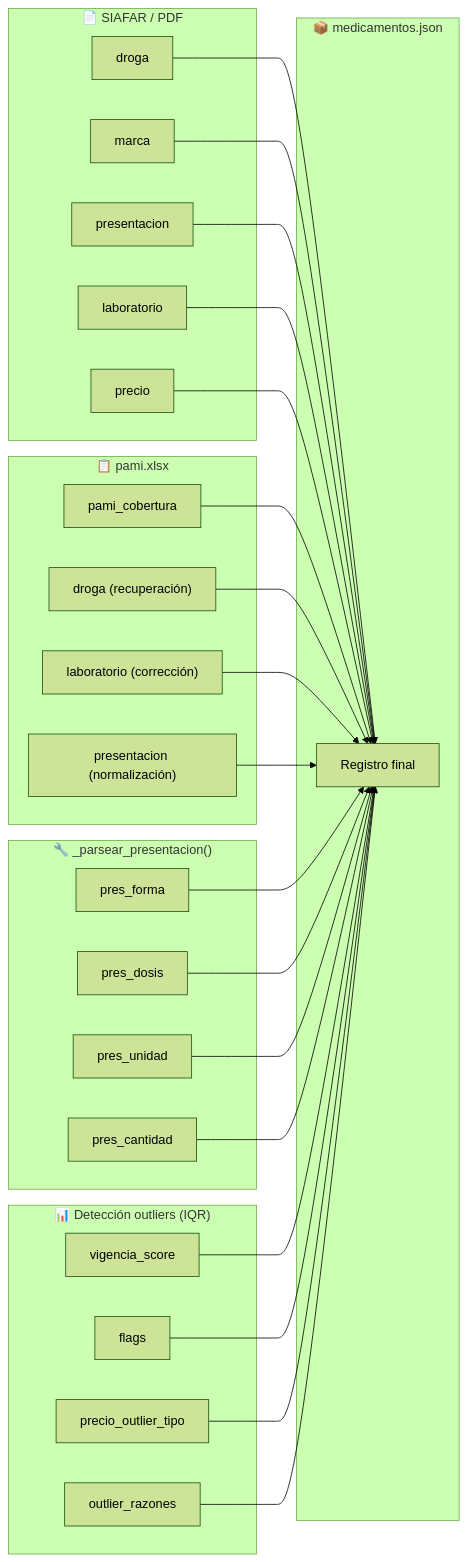
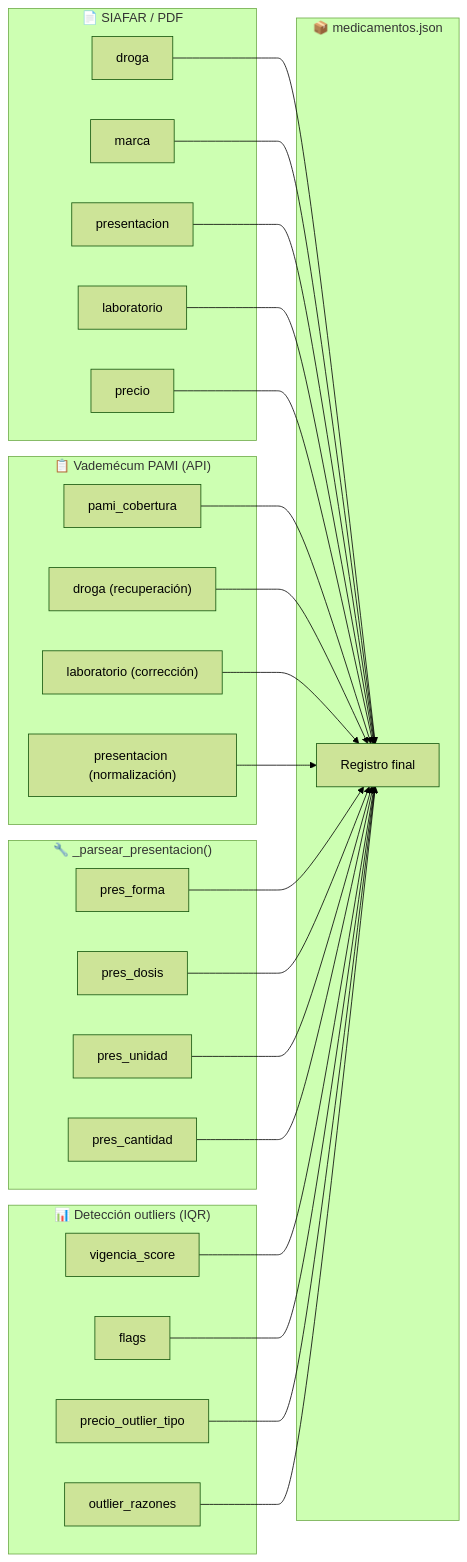
Before and after one commit to psbella/remediar: the ninth of 9 diagrams in README.md, drawn with Mermaid (forest theme). The commit also changed other lines of this file, not shown here.

````diff
--- a/README.md
+++ b/README.md
@@ -1087,40 +1077,40 @@
 ```mermaid
 flowchart LR
     subgraph SIAFAR["📄 SIAFAR / PDF"]
         S1[droga]
         S2[marca]
         S3[presentacion]
         S4[laboratorio]
         S5[precio]
     end
 
-    subgraph PAMI["📋 pami.xlsx"]
+    subgraph PAMI["📋 Vademécum PAMI (API)"]
         P1[pami_cobertura]
         P2["droga (recuperación)"]
         P3["laboratorio (corrección)"]
         P4["presentacion (normalización)"]
     end
 
     subgraph PARSER["🔧 _parsear_presentacion()"]
         PR1[pres_forma]
         PR2[pres_dosis]
         PR3[pres_unidad]
         PR4[pres_cantidad]
     end
 
     subgraph OUTLIER["📊 Detección outliers (IQR)"]
         O1[vigencia_score]
         O2[flags]
         O3[precio_outlier_tipo]
         O4[outlier_razones]
     end
 
     subgraph JSON["📦 medicamentos.json"]
         J[Registro final]
     end
 
     S1 & S2 & S3 & S4 & S5 --> J
     P1 & P2 & P3 & P4 --> J
     PR1 & PR2 & PR3 & PR4 --> J
     O1 & O2 & O3 & O4 --> J
 ```
````
